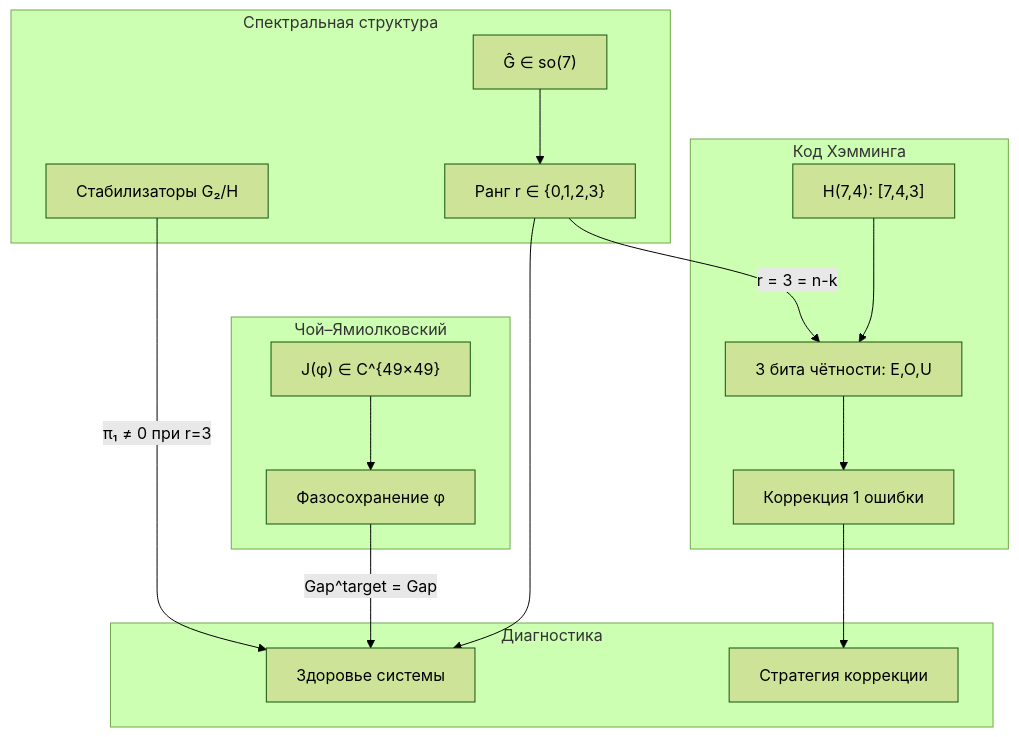
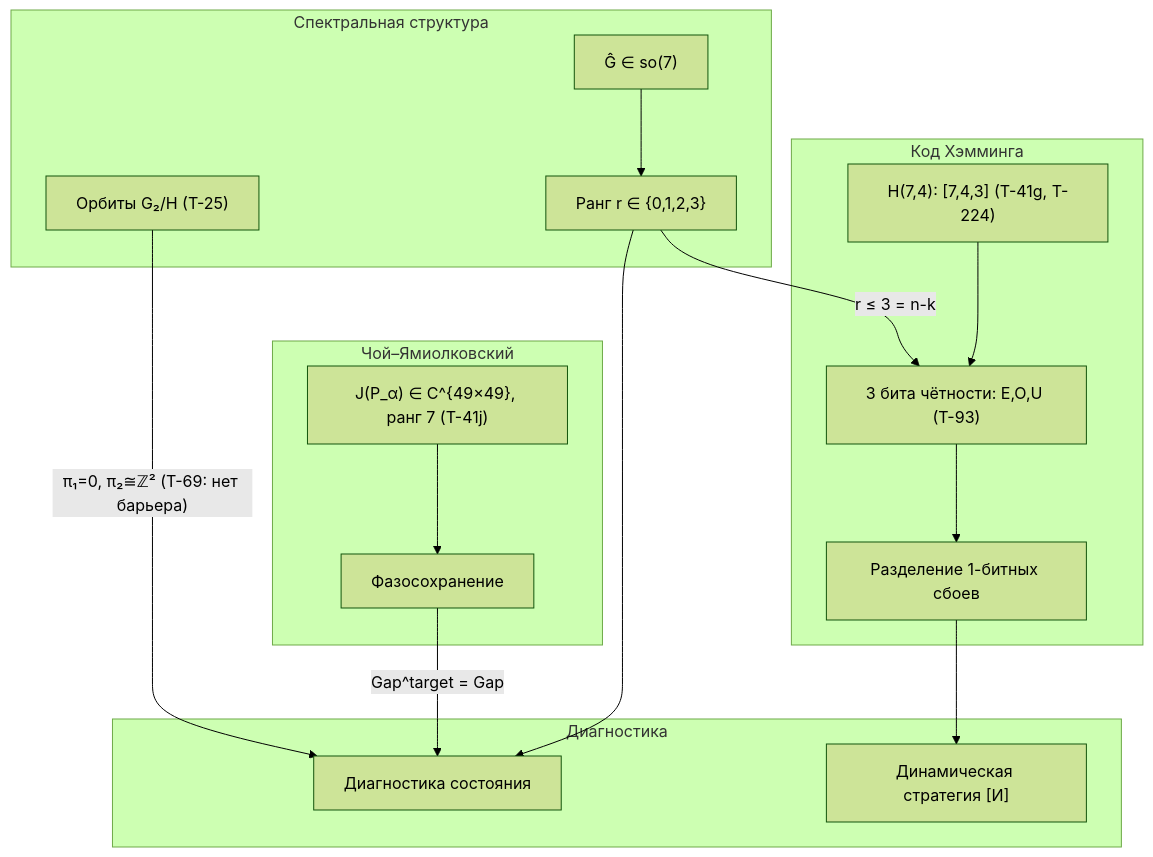
One commit to gst-st/uhm changed the diagram in website/i18n/ru/docusaurus-plugin-content-docs/current/applied/coherence-cybernetics/gap-algebra.md. Above: the diagram before and after it, drawn with Mermaid (forest theme). The commit also changed other lines of this file and 376 other files, not shown here.

First line of the commit message:
Refactor UHM canon, decontaminate architecture, and verify EN/RU parity

````diff
--- a/website/i18n/ru/docusaurus-plugin-content-docs/current/applied/coherence-cybernetics/gap-algebra.md
+++ b/website/i18n/ru/docusaurus-plugin-content-docs/current/applied/coherence-cybernetics/gap-algebra.md
@@ -495,31 +451,31 @@
 ```mermaid
 graph TD
     subgraph CHOI["Чой–Ямиолковский"]
-        J["J(φ) ∈ C^{49×49}"]
-        PHASE["Фазосохранение φ"]
+        J["J(P_α) ∈ C^{49×49}, ранг 7 (T-41j)"]
+        PHASE["Фазосохранение"]
     end
     subgraph SPEC["Спектральная структура"]
         SO7["Ĝ ∈ so(7)"]
         RANK["Ранг r ∈ {0,1,2,3}"]
-        STAB["Стабилизаторы G₂/H"]
+        STAB["Орбиты G₂/H (T-25)"]
     end
     subgraph HAMMING["Код Хэмминга"]
-        H74["H(7,4): [7,4,3]"]
-        PARITY["3 бита чётности: E,O,U"]
-        CORRECTION["Коррекция 1 ошибки"]
+        H74["H(7,4): [7,4,3] (T-41g, T-224)"]
+        PARITY["3 бита чётности: E,O,U (T-93)"]
+        CORRECTION["Разделение 1-битных сбоев"]
     end
     subgraph DIAG["Диагностика"]
-        HEALTH["Здоровье системы"]
-        THERAPY["Стратегия коррекции"]
+        HEALTH["Диагностика состояния"]
+        THERAPY["Динамическая стратегия [И]"]
     end
 
     J --> PHASE
     SO7 --> RANK
-    RANK --> |"r = 3 = n-k"| PARITY
-    STAB --> |"π₁ ≠ 0 при r=3"| HEALTH
+    RANK --> |"r ≤ 3 = n-k"| PARITY
+    STAB --> |"π₁=0, π₂≅ℤ² (T-69: нет барьера)"| HEALTH
     H74 --> PARITY
     PARITY --> CORRECTION
     PHASE --> |"Gap^target = Gap"| HEALTH
     CORRECTION --> THERAPY
     RANK --> HEALTH
 ```
````
